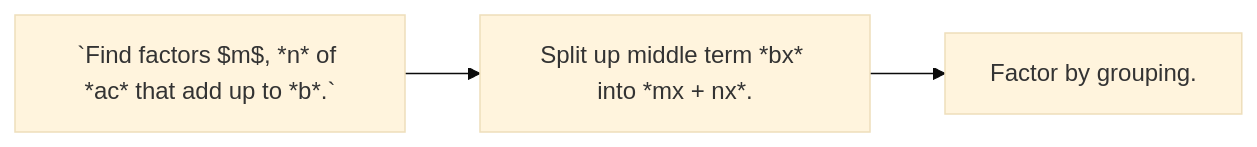
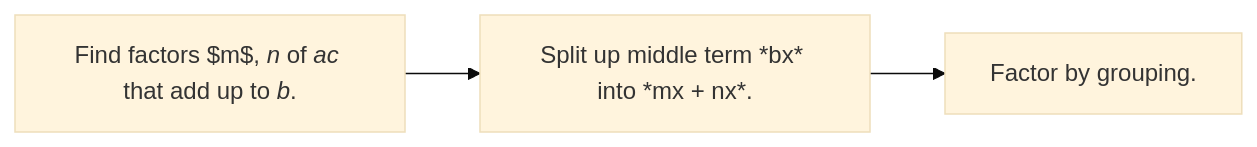
The diagram in _sources/docs/algebra-review/1-factoring.md (jkeneda/jupyter-math-book), drawn with Mermaid (base theme) before and after one commit. The commit also changed 5 other files, not shown here.

````diff
--- a/_sources/docs/algebra-review/1-factoring.md
+++ b/_sources/docs/algebra-review/1-factoring.md
@@ -5,5 +5,5 @@
 ```{mermaid}
     flowchart LR
-        A[`Find factors $m$, *n* of *ac* that add up to *b*.`] --> B[Split up middle term *bx* into *mx + nx*.]
+        A["`Find factors $m$, *n* of *ac* that add up to *b*.`"] --> B[Split up middle term *bx* into *mx + nx*.]
         B --> C[Factor by grouping.]
 ```
````
